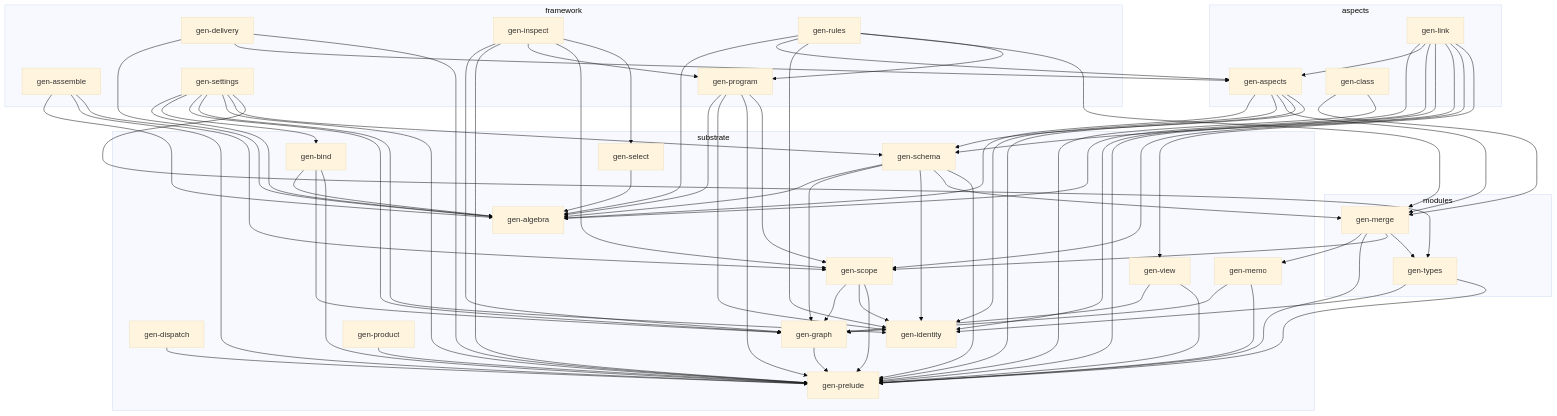
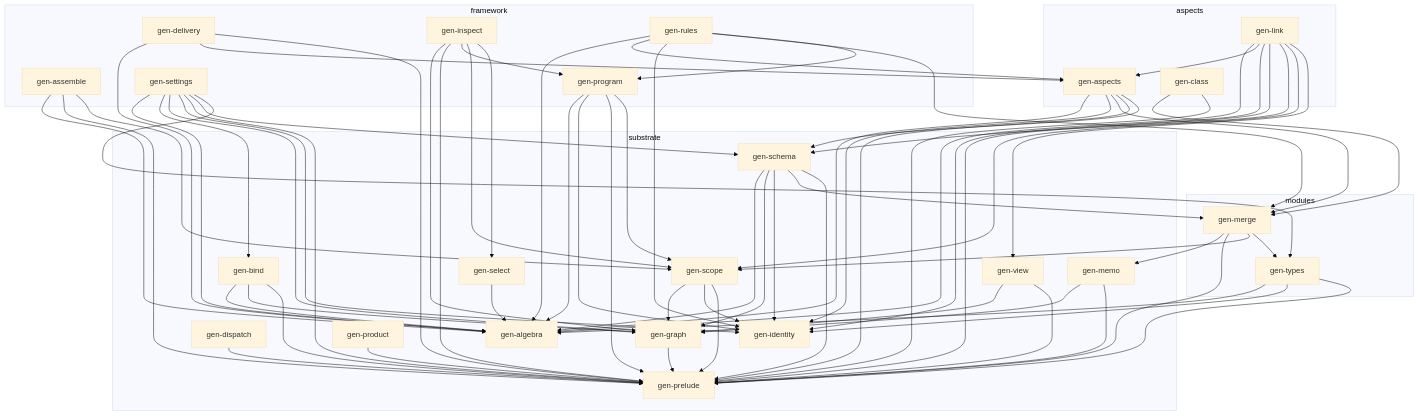
The first of 4 diagrams in ARCHITECTURE.md (sini/gen), drawn with Mermaid (base theme) before and after one commit. The commit also changed 4 other files, not shown here.

Commit message:
U1 overlay (den-hoag-6orb8): gen-types follows gen-algebra; surface pins for algebra and types; the library graph edge; the parity oracle wires algebra

```diff
--- a/ARCHITECTURE.md
+++ b/ARCHITECTURE.md
@@ -133,6 +133,7 @@
   gen_settings --> gen_prelude
   gen_settings --> gen_schema
   gen_settings --> gen_types
+  gen_types --> gen_algebra
   gen_types --> gen_identity
   gen_types --> gen_prelude
   gen_view --> gen_graph
```
